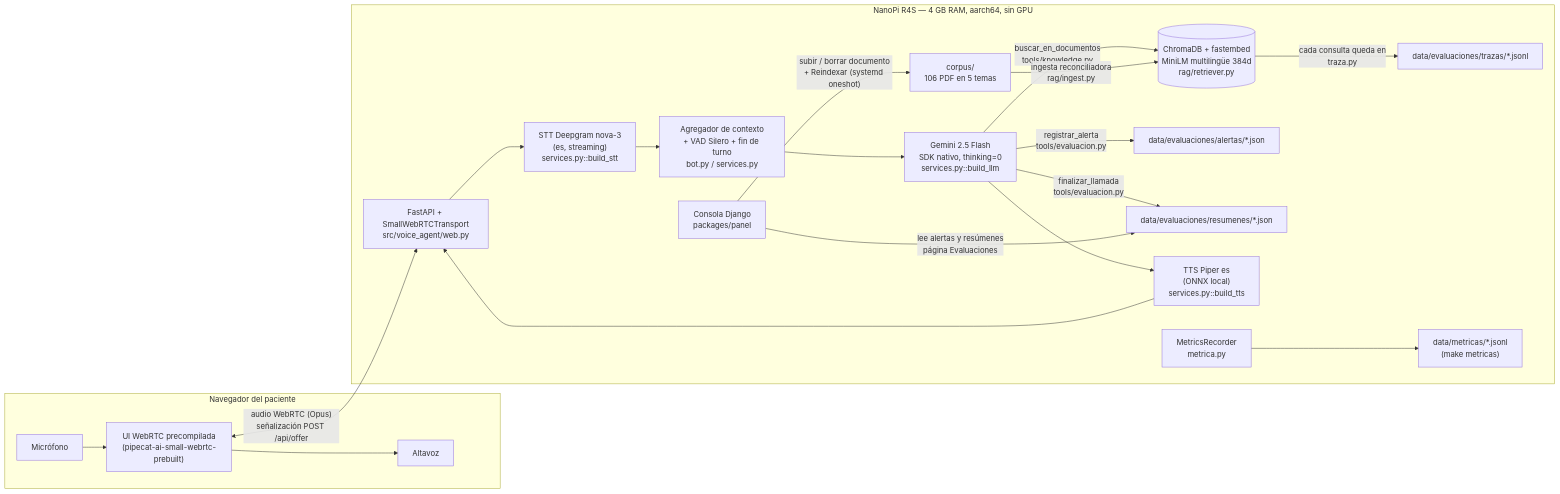
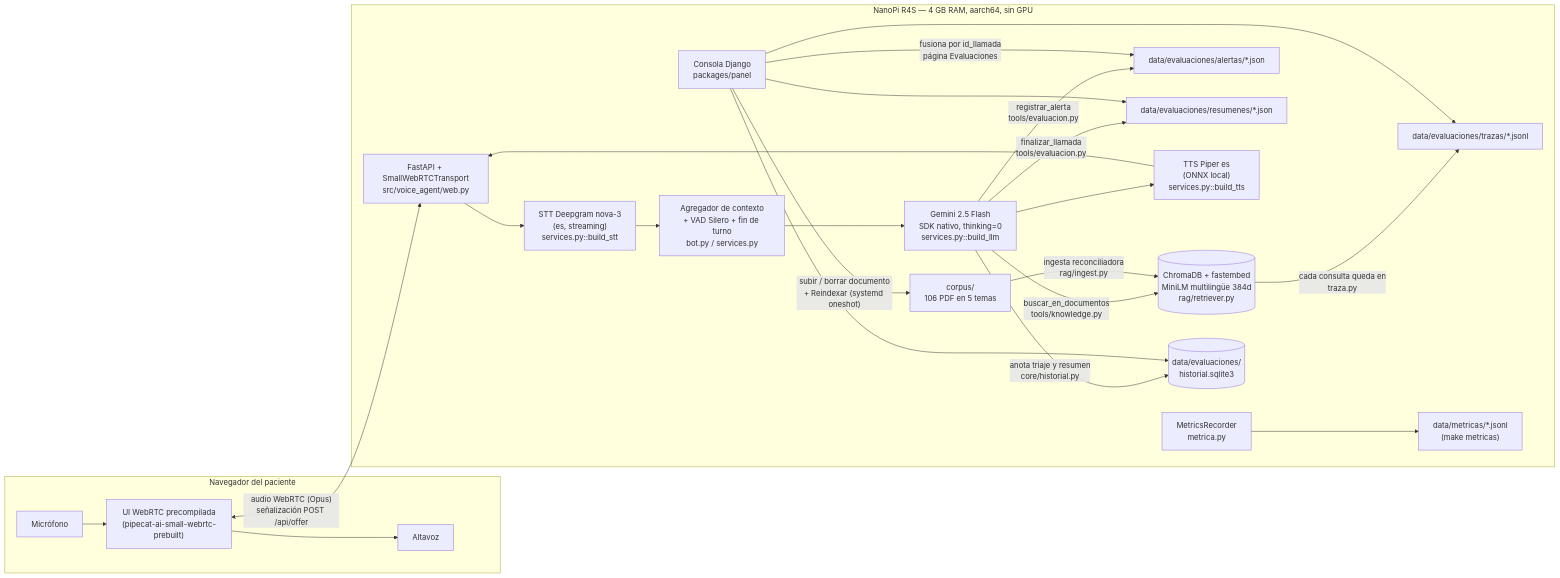
Before and after one commit to saalejo/clara: the first of 2 diagrams in docs/diagramas.md, drawn with Mermaid. The commit also changed 54 other files, not shown here.

````diff
--- a/docs/diagramas.md
+++ b/docs/diagramas.md
@@ -8,26 +8,30 @@
 ```mermaid
 flowchart LR
     subgraph NAV["Navegador del paciente"]
         MIC["Micrófono"] --> UI["UI WebRTC precompilada<br/>(pipecat-ai-small-webrtc-prebuilt)"]
         UI --> ALT["Altavoz"]
     end
 
     UI <-->|"audio WebRTC (Opus)<br/>señalización POST /api/offer"| WEB["FastAPI + SmallWebRTCTransport<br/>src/voice_agent/web.py"]
 
     subgraph PLACA["NanoPi R4S — 4 GB RAM, aarch64, sin GPU"]
         WEB --> STT["STT Deepgram nova-3<br/>(es, streaming)<br/>services.py::build_stt"]
         STT --> AGG["Agregador de contexto<br/>+ VAD Silero + fin de turno<br/>bot.py / services.py"]
         AGG --> LLM["Gemini 2.5 Flash<br/>SDK nativo, thinking=0<br/>services.py::build_llm"]
         LLM -->|"buscar_en_documentos<br/>tools/knowledge.py"| RAG[("ChromaDB + fastembed<br/>MiniLM multilingüe 384d<br/>rag/retriever.py")]
         LLM -->|"registrar_alerta<br/>tools/evaluacion.py"| ALERTAS["data/evaluaciones/alertas/*.json"]
         LLM -->|"finalizar_llamada<br/>tools/evaluacion.py"| RESUM["data/evaluaciones/resumenes/*.json"]
         RAG -->|"cada consulta queda en<br/>traza.py"| TRAZAS["data/evaluaciones/trazas/*.jsonl"]
         LLM --> TTS["TTS Piper es<br/>(ONNX local)<br/>services.py::build_tts"]
         TTS --> WEB
         MET["MetricsRecorder<br/>metrica.py"] --> METJ["data/metricas/*.jsonl<br/>(make metricas)"]
 
         CORPUS["corpus/<br/>106 PDF en 5 temas"] -->|"ingesta reconciliadora<br/>rag/ingest.py"| RAG
         PANEL["Consola Django<br/>packages/panel"] -->|"subir / borrar documento<br/>+ Reindexar (systemd oneshot)"| CORPUS
-        PANEL -->|"lee alertas y resúmenes<br/>página Evaluaciones"| RESUM
+        LLM -->|"anota triaje y resumen<br/>core/historial.py"| HIST[("data/evaluaciones/<br/>historial.sqlite3")]
+        PANEL -->|"fusiona por id_llamada<br/>página Evaluaciones"| ALERTAS
+        PANEL --> RESUM
+        PANEL --> TRAZAS
+        PANEL --> HIST
     end
 ```
````
